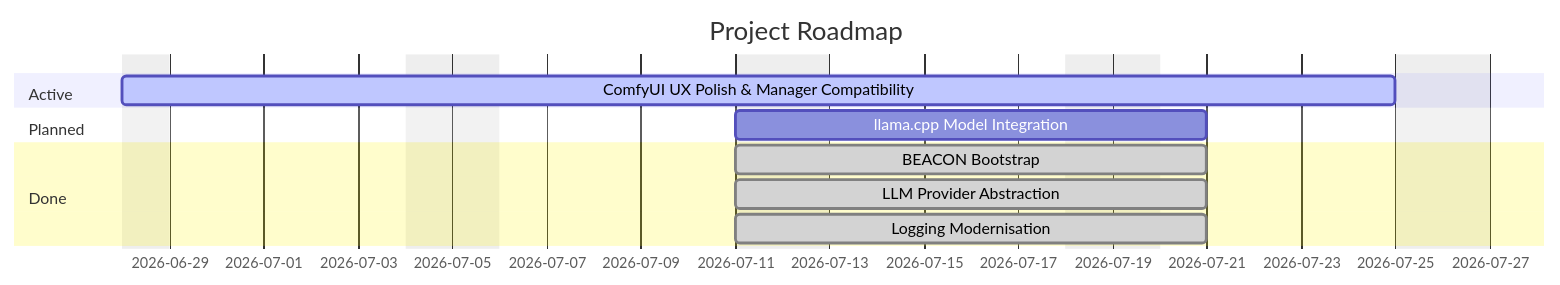
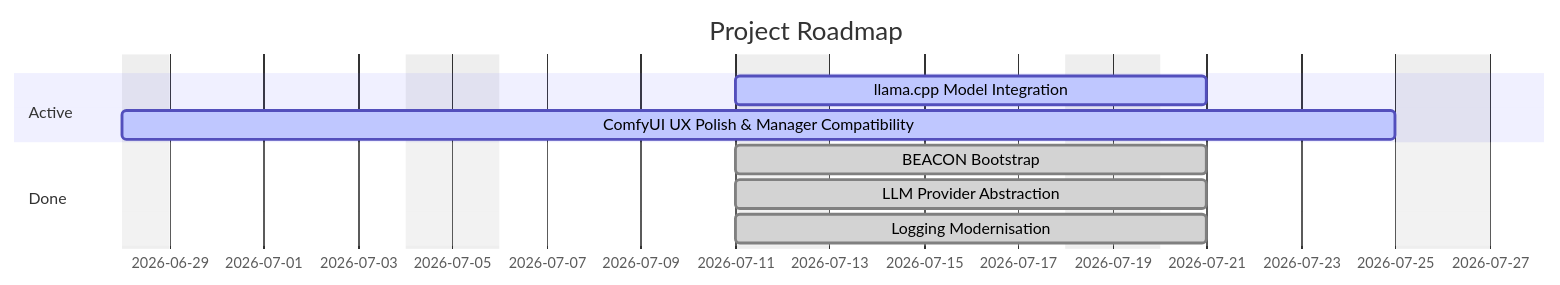
The diagram in ROADMAP.md (darth-veitcher/comfydv), drawn with Mermaid before and after one commit. The commit also changed other lines of this file, not shown here.

Commit message:
chore(beacon): regenerate ROADMAP.md gantt/table for llamacpp-integration Active
Claude-Session: https://claude.ai/code/session_0132ojafeazQ3ephcBejEWFj

````diff
--- a/ROADMAP.md
+++ b/ROADMAP.md
@@ -9,18 +9,16 @@
 ```mermaid
 gantt
     title Project Roadmap
     dateFormat  YYYY-MM-DD
     excludes    weekends
 
     section Active
+    llama.cpp Model Integration :active, llamacpp-integration, 2026-07-11, 7d
     ComfyUI UX Polish & Manager Compatibility :active, ux-and-install, 2026-06-28, 21d
-
-    section Planned
-    llama.cpp Model Integration :llamacpp-integration, 2026-07-11, 7d
 
     section Done
     BEACON Bootstrap :done, beacon-bootstrap, 2026-07-11, 7d
     LLM Provider Abstraction :done, llm-provider-abstraction, 2026-07-11, 7d
     Logging Modernisation :done, logging-modernisation, 2026-07-11, 7d
 
 ```
````
